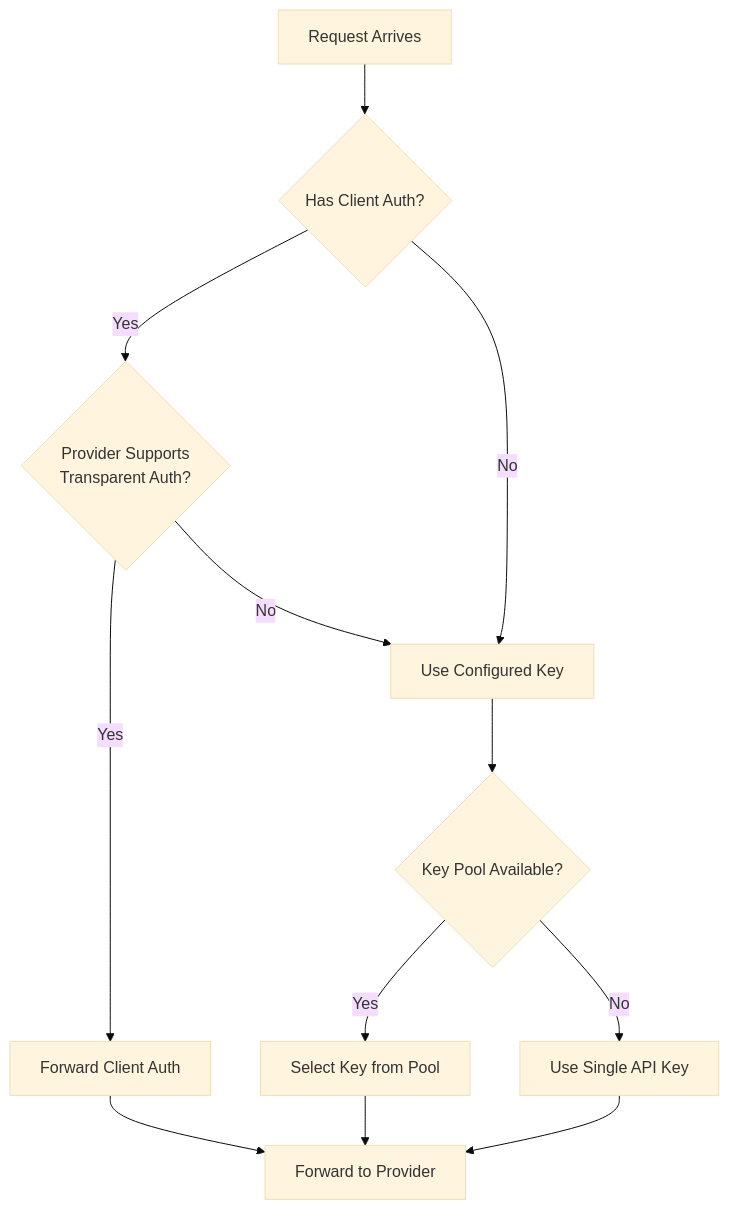
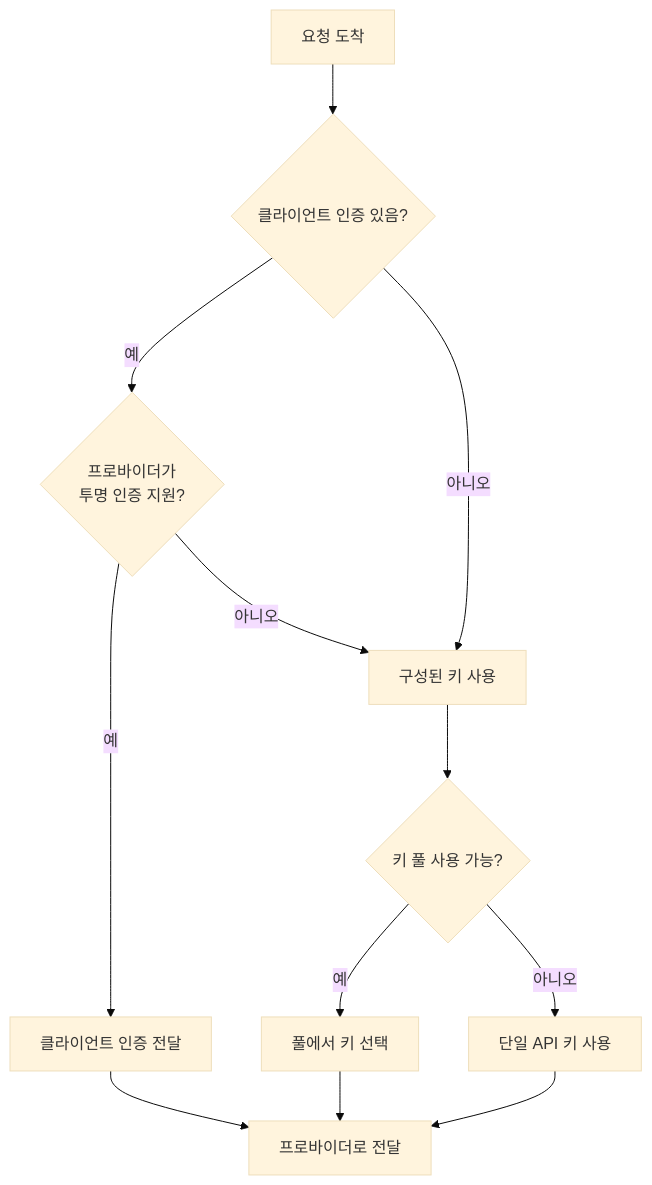
Before and after one commit to omarluq/cc-relay: the fifth of 5 diagrams in docs-site/content/ko/docs/architecture.md, drawn with Mermaid (base theme). The commit also changed other lines of this file and 4 other files, not shown here.

First line of the commit message:
docs: translate architecture.md to all supported languages

````diff
--- a/docs-site/content/ko/docs/architecture.md
+++ b/docs-site/content/ko/docs/architecture.md
@@ -299,14 +299,14 @@
 ```mermaid
 graph TD
-    A[Request Arrives] --> B{Has Client Auth?}
-    B -->|Yes| C{Provider Supports<br/>Transparent Auth?}
-    B -->|No| D[Use Configured Key]
-    C -->|Yes| E[Forward Client Auth]
-    C -->|No| D
-    D --> F{Key Pool Available?}
-    F -->|Yes| G[Select Key from Pool]
-    F -->|No| H[Use Single API Key]
-    E --> I[Forward to Provider]
+    A[요청 도착] --> B{클라이언트 인증 있음?}
+    B -->|예| C{프로바이더가<br/>투명 인증 지원?}
+    B -->|아니오| D[구성된 키 사용]
+    C -->|예| E[클라이언트 인증 전달]
+    C -->|아니오| D
+    D --> F{키 풀 사용 가능?}
+    F -->|예| G[풀에서 키 선택]
+    F -->|아니오| H[단일 API 키 사용]
+    E --> I[프로바이더로 전달]
     G --> I
     H --> I
 ```
````
